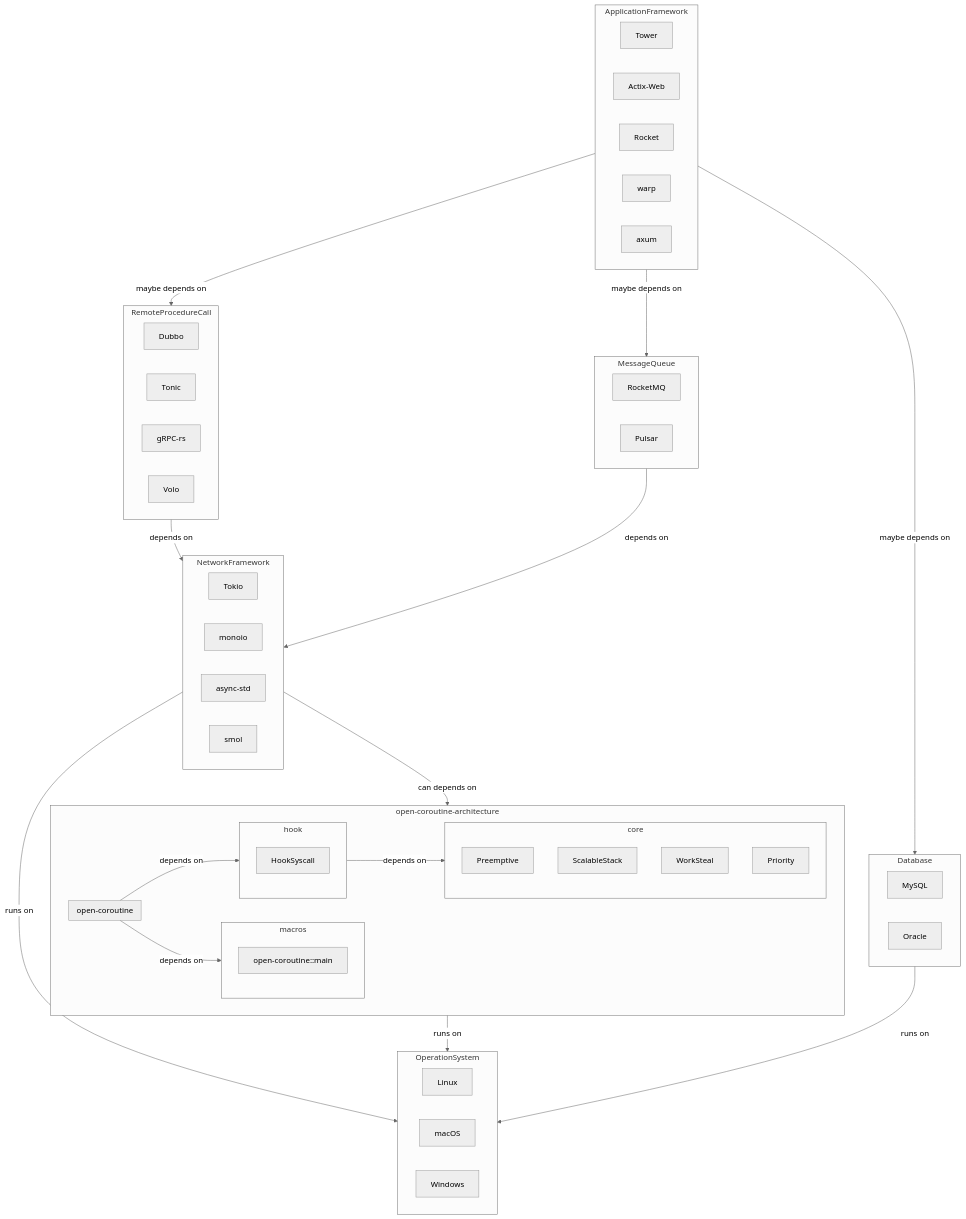
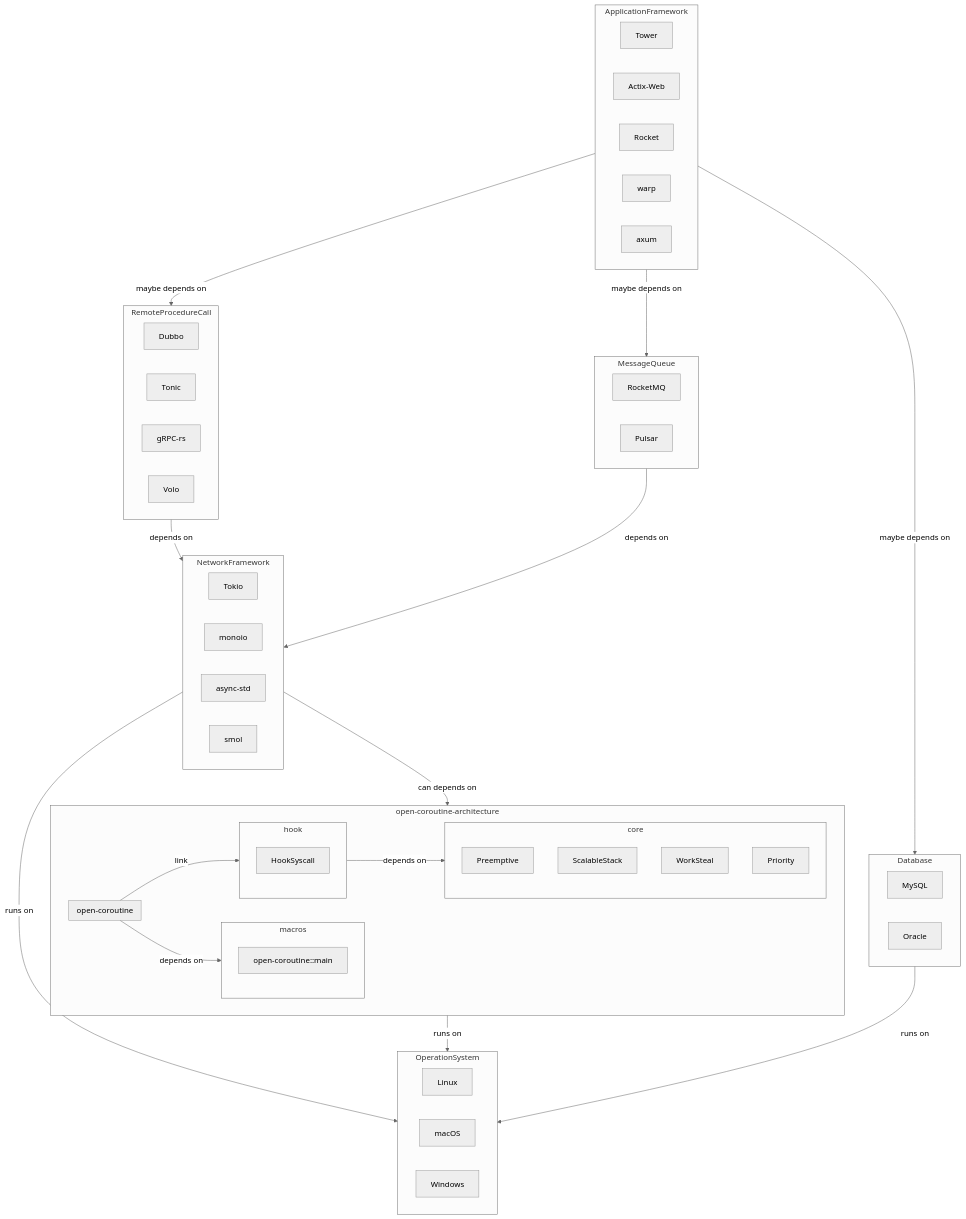
One commit to acl-dev/open-coroutine changed the diagram in README.md. Above: the diagram before and after it, drawn with Mermaid (neutral theme). The commit also changed other lines of this file and 4 other files, not shown here.

````diff
--- a/README.md
+++ b/README.md
@@ -37,63 +45,63 @@
 ```mermaid
 graph TD
     subgraph ApplicationFramework
         Tower
         Actix-Web
         Rocket
         warp
         axum
     end
     subgraph MessageQueue
         RocketMQ
         Pulsar
     end
     subgraph RemoteProcedureCall
         Dubbo
         Tonic
         gRPC-rs
         Volo
     end
     subgraph Database
         MySQL
         Oracle
     end
     subgraph NetworkFramework
         Tokio
         monoio
         async-std
         smol
     end
     subgraph open-coroutine-architecture
         subgraph core
             Preemptive
             ScalableStack
             WorkSteal
             Priority
         end
         subgraph hook
             HookSyscall
         end
         subgraph macros
             open-coroutine::main
         end
         subgraph open-coroutine
         end
         hook -->|depends on| core
-        open-coroutine -->|depends on| hook
+        open-coroutine -->|link| hook
         open-coroutine -->|depends on| macros
     end
     subgraph OperationSystem
         Linux
         macOS
         Windows
     end
     ApplicationFramework -->|maybe depends on| RemoteProcedureCall
     ApplicationFramework -->|maybe depends on| MessageQueue
     ApplicationFramework -->|maybe depends on| Database
     MessageQueue -->|depends on| NetworkFramework
     RemoteProcedureCall -->|depends on| NetworkFramework
     NetworkFramework -->|runs on| OperationSystem
     NetworkFramework -->|can depends on| open-coroutine-architecture
     Database -->|runs on| OperationSystem
     open-coroutine-architecture -->|runs on| OperationSystem
 ```
````
